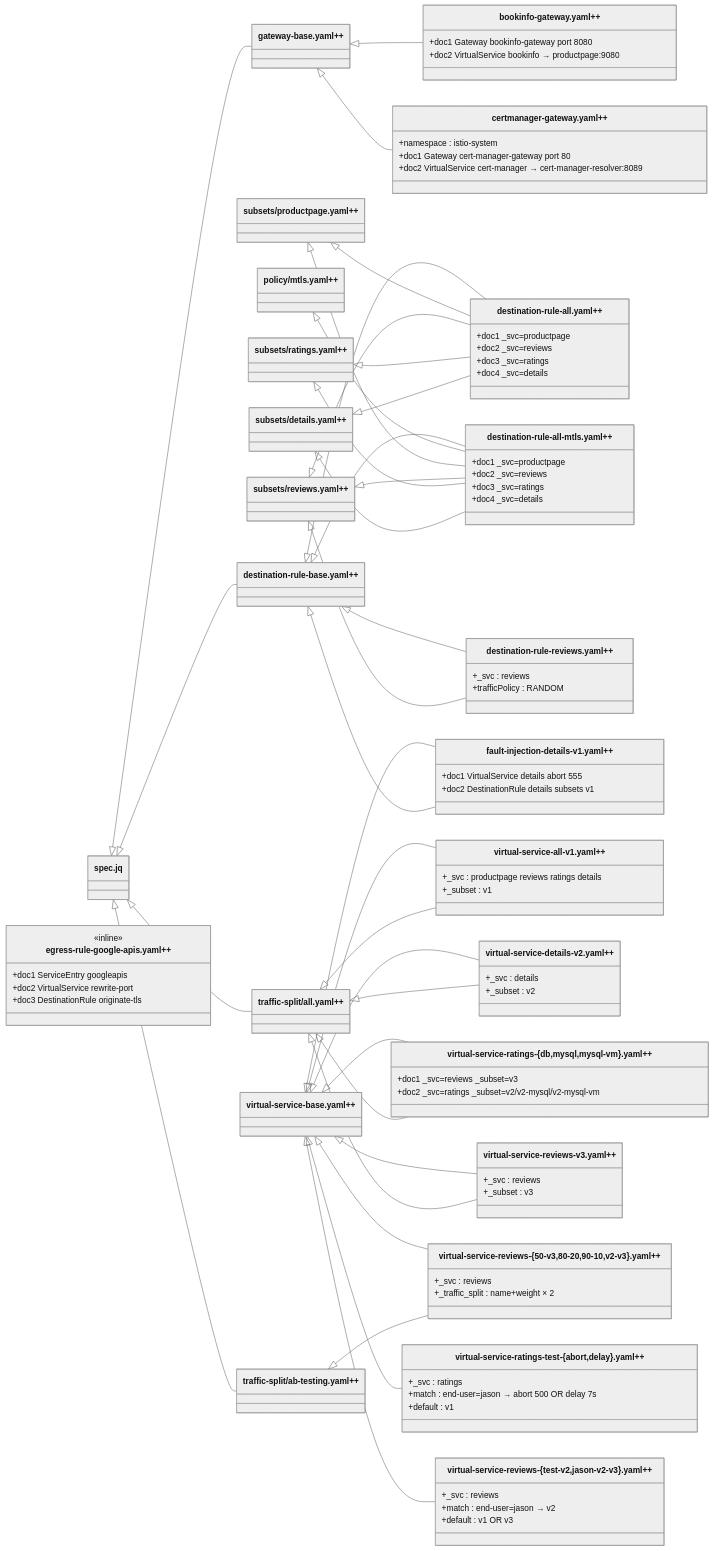
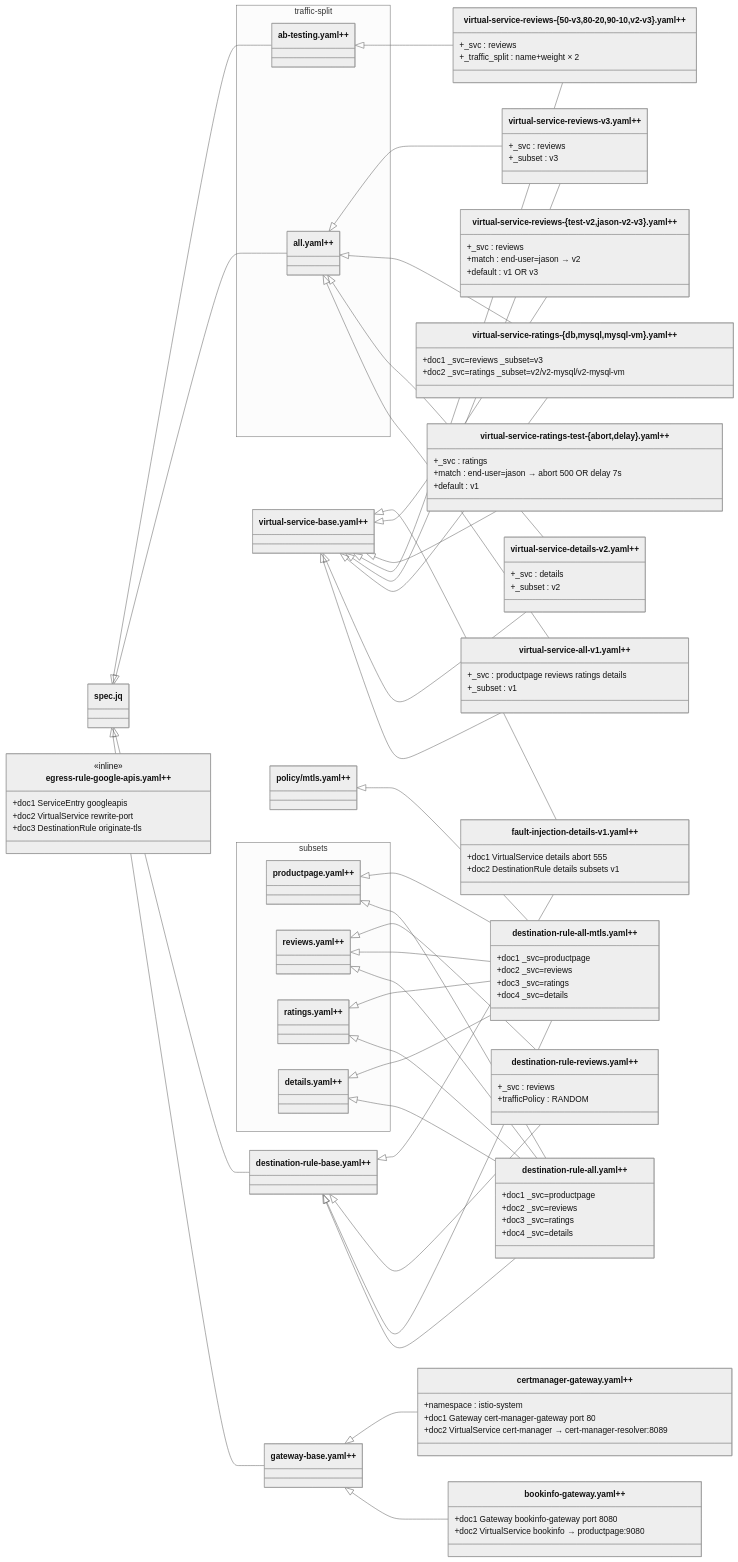
The diagram in samples/bookinfo/networking/.refactoring/refactored/CLASS_DIAGRAM.md (dakusui/istio), drawn with Mermaid (neutral theme) before and after one commit.

Commit message:
docs(bookinfo): group traffic-split and subsets into namespace packages in class diagram

```diff
--- a/samples/bookinfo/networking/.refactoring/refactored/CLASS_DIAGRAM.md
+++ b/samples/bookinfo/networking/.refactoring/refactored/CLASS_DIAGRAM.md
@@ -13,13 +13,19 @@
     class gatewayBase["gateway-base.yaml++"]
     class drBase["destination-rule-base.yaml++"]
     class vsBase["virtual-service-base.yaml++"]
-    class tsAll["traffic-split/all.yaml++"]
-    class tsAB["traffic-split/ab-testing.yaml++"]
     class policyMtls["policy/mtls.yaml++"]
-    class subsProductpage["subsets/productpage.yaml++"]
-    class subsReviews["subsets/reviews.yaml++"]
-    class subsRatings["subsets/ratings.yaml++"]
-    class subsDetails["subsets/details.yaml++"]
+
+    namespace traffic-split {
+        class tsAll["all.yaml++"]
+        class tsAB["ab-testing.yaml++"]
+    }
+
+    namespace subsets {
+        class subsProductpage["productpage.yaml++"]
+        class subsReviews["reviews.yaml++"]
+        class subsRatings["ratings.yaml++"]
+        class subsDetails["details.yaml++"]
+    }
 
     %% ── leaf: Gateways ───────────────────────────────────────────────────
     class bookinfoGW["bookinfo-gateway.yaml++"] {
```
